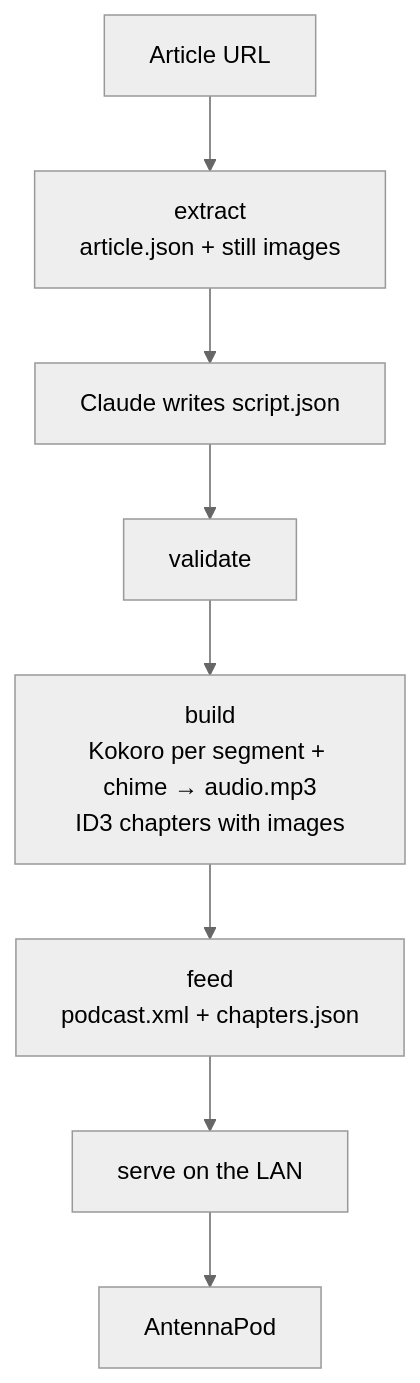
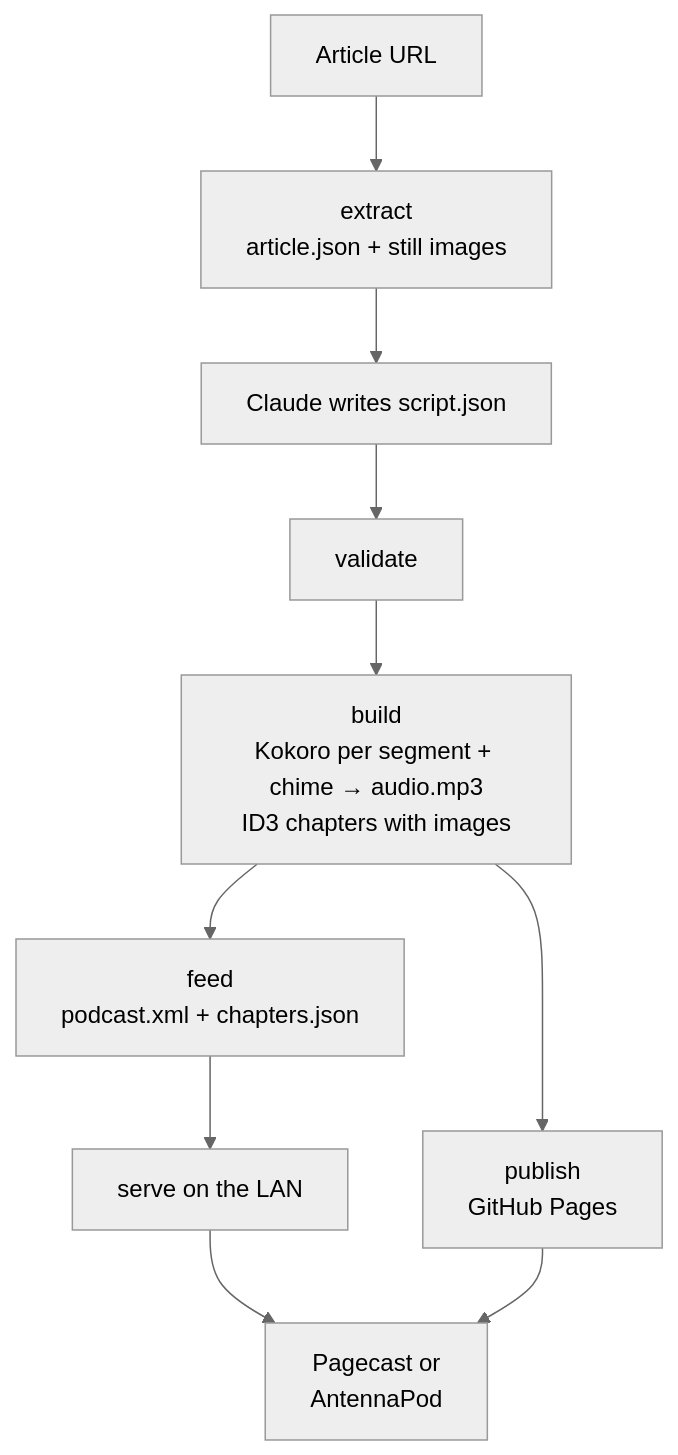
Before and after one commit to nahueltaibo/article-to-podcast: the diagram in .docs/architecture.md, drawn with Mermaid (neutral theme). The commit also changed other lines of this file and 4 other files, not shown here.

First line of the commit message:
Publish episodes to a public GitHub Pages feed

````diff
--- a/.docs/architecture.md
+++ b/.docs/architecture.md
@@ -5,9 +5,10 @@
 ```mermaid
 flowchart TD
     U[Article URL] --> E[extract<br/>article.json + still images]
     E --> N[Claude writes script.json]
     N --> V[validate]
     V --> B[build<br/>Kokoro per segment + chime → audio.mp3<br/>ID3 chapters with images]
     B --> F[feed<br/>podcast.xml + chapters.json]
-    F --> S[serve on the LAN] --> A[AntennaPod]
+    F --> S[serve on the LAN] --> A[Pagecast or<br/>AntennaPod]
+    B --> P[publish<br/>GitHub Pages] --> A
 ```
````
